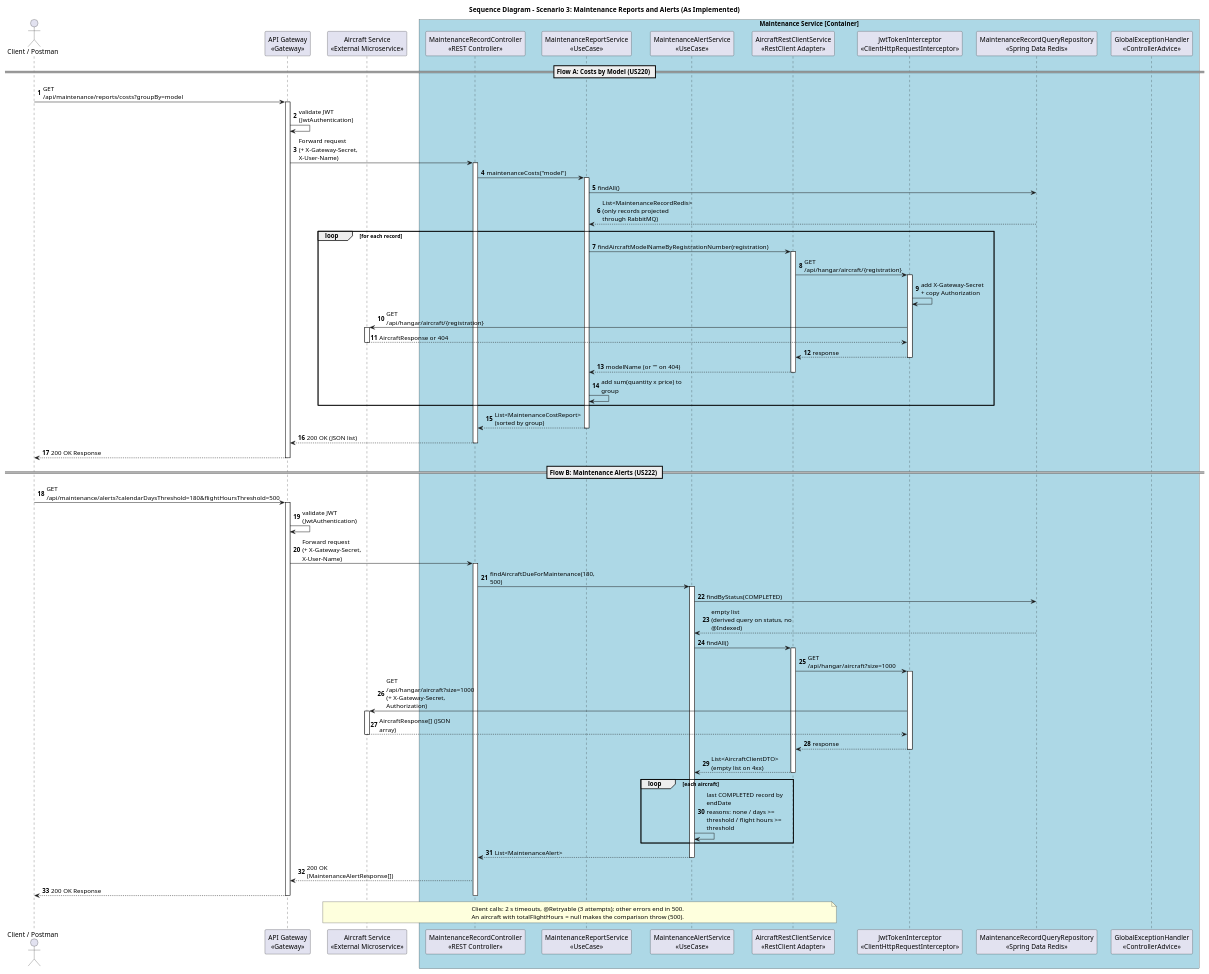
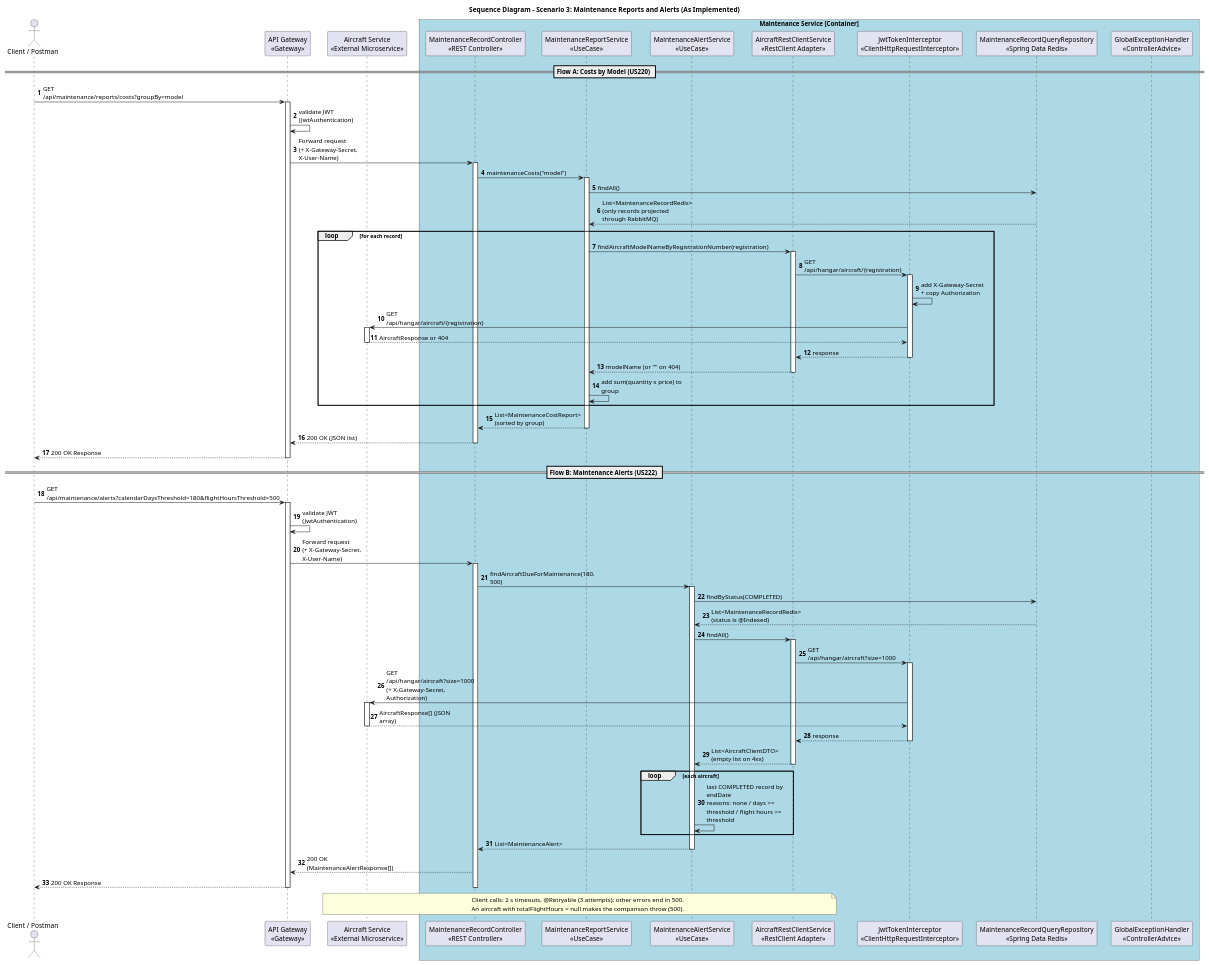
One commit to 8126Lucas/SIDIS_G6_3DA changed the diagram in maintenance-service/docs/sequence-diagrams/scenario-3-maintenance-reports.puml. Above: the diagram before and after it, drawn with PlantUML. The commit also changed 44 other files, not shown here.

First line of the commit message:
Update CQRS architecture documentation

```diff
--- a/maintenance-service/docs/sequence-diagrams/scenario-3-maintenance-reports.puml
+++ b/maintenance-service/docs/sequence-diagrams/scenario-3-maintenance-reports.puml
@@ -1,108 +1,108 @@
 @startuml
 skinparam responseMessageBelowArrow true
 skinparam maxMessageSize 180
 skinparam boxPadding 10
 skinparam participantPadding 10
 skinparam shadowing false
 
 title Sequence Diagram - Scenario 3: Maintenance Reports and Alerts (As Implemented)
 
 autonumber
 
 actor "Client / Postman" as client
 participant "API Gateway\n<<Gateway>>" as gateway
 participant "MaintenanceRecordController\n<<REST Controller>>" as controller
 participant "MaintenanceReportService\n<<UseCase>>" as report_svc
 participant "MaintenanceAlertService\n<<UseCase>>" as alert_svc
 participant "AircraftRestClientService\n<<RestClient Adapter>>" as aircraft_client
 participant "JwtTokenInterceptor\n<<ClientHttpRequestInterceptor>>" as interceptor
 participant "MaintenanceRecordQueryRepository\n<<Spring Data Redis>>" as record_repo
 participant "GlobalExceptionHandler\n<<ControllerAdvice>>" as exception_handler
 participant "Aircraft Service\n<<External Microservice>>" as aircraft_api
 
 box "Maintenance Service [Container]" #LightBlue
     participant controller
     participant report_svc
     participant alert_svc
     participant aircraft_client
     participant interceptor
     participant record_repo
     participant exception_handler
 end box
 
 == Flow A: Costs by Model (US220) ==
 
 client -> gateway : GET /api/maintenance/reports/costs?groupBy=model
 activate gateway
 gateway -> gateway : validate JWT (JwtAuthentication)
 gateway -> controller : Forward request\n(+ X-Gateway-Secret, X-User-Name)
 activate controller
 
 controller -> report_svc : maintenanceCosts("model")
 activate report_svc
 report_svc -> record_repo : findAll()
 record_repo --> report_svc : List<MaintenanceRecordRedis>\n(only records projected through RabbitMQ)
 
 loop for each record
     report_svc -> aircraft_client : findAircraftModelNameByRegistrationNumber(registration)
     activate aircraft_client
     aircraft_client -> interceptor : GET /api/hangar/aircraft/{registration}
     activate interceptor
     interceptor -> interceptor : add X-Gateway-Secret\n+ copy Authorization
     interceptor -> aircraft_api : GET /api/hangar/aircraft/{registration}
     activate aircraft_api
     aircraft_api --> interceptor : AircraftResponse or 404
     deactivate aircraft_api
     interceptor --> aircraft_client : response
     deactivate interceptor
     aircraft_client --> report_svc : modelName (or "" on 404)
     deactivate aircraft_client
     report_svc -> report_svc : add sum(quantity x price) to group
 end
 
 report_svc --> controller : List<MaintenanceCostReport> (sorted by group)
 deactivate report_svc
 controller --> gateway : 200 OK (JSON list)
 deactivate controller
 gateway --> client : 200 OK Response
 deactivate gateway
 
 == Flow B: Maintenance Alerts (US222) ==
 
 client -> gateway : GET /api/maintenance/alerts?calendarDaysThreshold=180&flightHoursThreshold=500
 activate gateway
 gateway -> gateway : validate JWT (JwtAuthentication)
 gateway -> controller : Forward request\n(+ X-Gateway-Secret, X-User-Name)
 activate controller
 
 controller -> alert_svc : findAircraftDueForMaintenance(180, 500)
 activate alert_svc
 alert_svc -> record_repo : findByStatus(COMPLETED)
-record_repo --> alert_svc : empty list\n(derived query on status, no @Indexed)
+record_repo --> alert_svc : List<MaintenanceRecordRedis>\n(status is @Indexed)
 
 alert_svc -> aircraft_client : findAll()
 activate aircraft_client
 aircraft_client -> interceptor : GET /api/hangar/aircraft?size=1000
 activate interceptor
 interceptor -> aircraft_api : GET /api/hangar/aircraft?size=1000\n(+ X-Gateway-Secret, Authorization)
 activate aircraft_api
 aircraft_api --> interceptor : AircraftResponse[] (JSON array)
 deactivate aircraft_api
 interceptor --> aircraft_client : response
 deactivate interceptor
 aircraft_client --> alert_svc : List<AircraftClientDTO>\n(empty list on 4xx)
 deactivate aircraft_client
 
 loop each aircraft
     alert_svc -> alert_svc : last COMPLETED record by endDate\nreasons: none / days >= threshold / flight hours >= threshold
 end
 alert_svc --> controller : List<MaintenanceAlert>
 deactivate alert_svc
 controller --> gateway : 200 OK (MaintenanceAlertResponse[])
 gateway --> client : 200 OK Response
 deactivate controller
 deactivate gateway
 
 note over aircraft_client, aircraft_api : Client calls: 2 s timeouts, @Retryable (3 attempts); other errors end in 500.\nAn aircraft with totalFlightHours = null makes the comparison throw (500).
 
 @enduml
```
